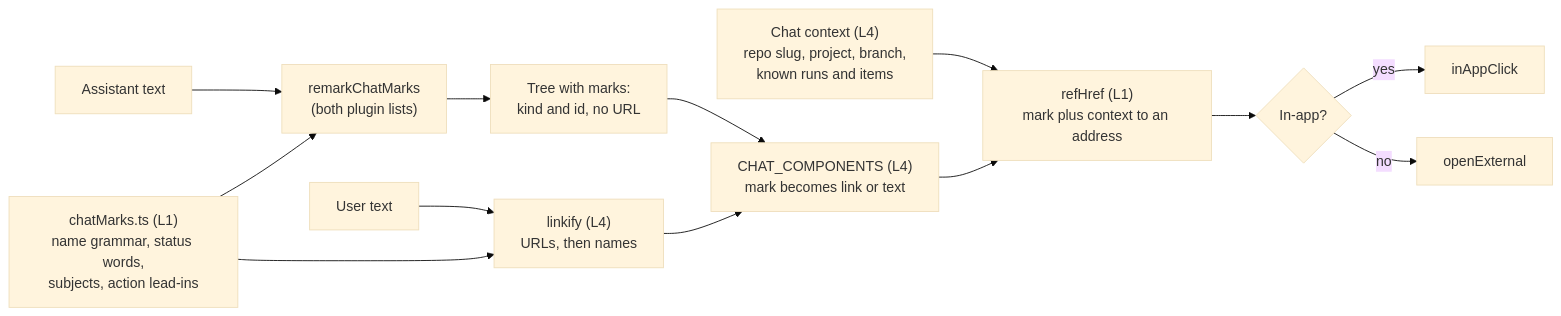
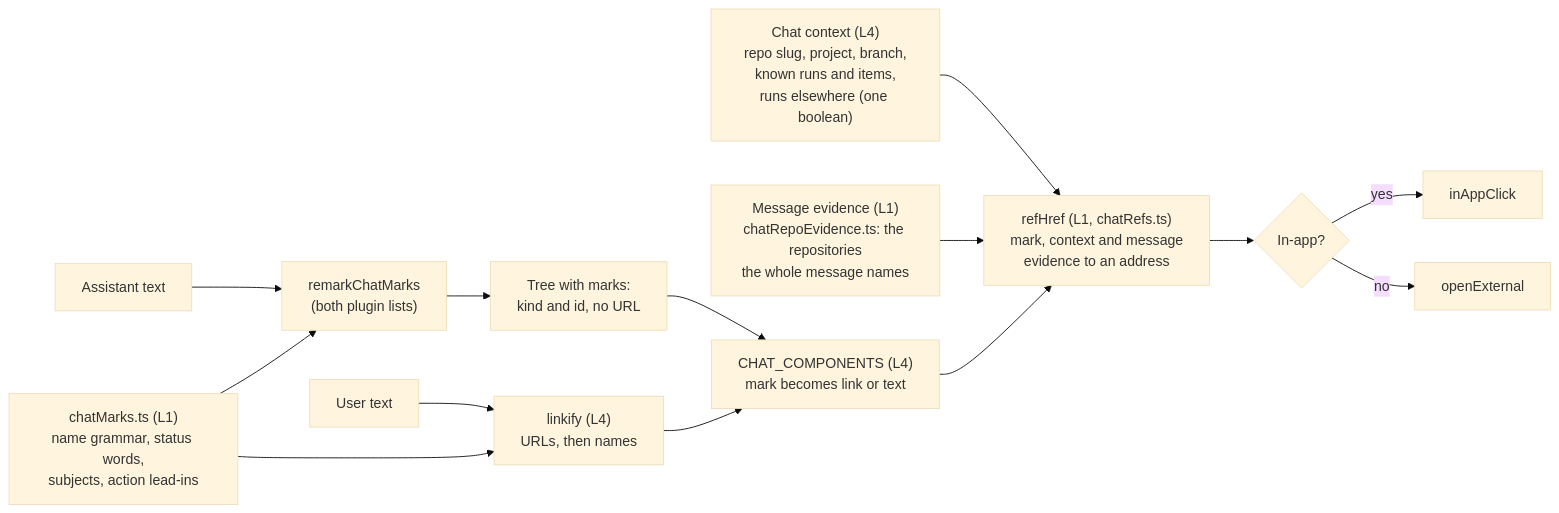
The third of 3 diagrams in docs/superpowers/specs/2026-11-06-chat-reading-design.md (Synapsium-Labs/ccrc-pwa), drawn with Mermaid (base theme) before and after one commit. The commit also changed other lines of this file and 8 other files, not shown here.

````diff
--- a/docs/superpowers/specs/2026-11-06-chat-reading-design.md
+++ b/docs/superpowers/specs/2026-11-06-chat-reading-design.md
@@ -173,15 +173,16 @@
 ```mermaid
 flowchart LR
   f3A["Assistant text"] --> f3P["remarkChatMarks<br/>(both plugin lists)"]
   f3G["chatMarks.ts (L1)<br/>name grammar, status words,<br/>subjects, action lead-ins"] --> f3P
   f3P --> f3H["Tree with marks:<br/>kind and id, no URL"]
   f3H --> f3R["CHAT_COMPONENTS (L4)<br/>mark becomes link or text"]
   f3U["User text"] --> f3LK["linkify (L4)<br/>URLs, then names"]
   f3G --> f3LK
   f3LK --> f3R
-  f3X["Chat context (L4)<br/>repo slug, project, branch,<br/>known runs and items"] --> f3RH["refHref (L1)<br/>mark plus context to an address"]
+  f3X["Chat context (L4)<br/>repo slug, project, branch,<br/>known runs and items,<br/>runs elsewhere (one boolean)"] --> f3RH["refHref (L1, chatRefs.ts)<br/>mark, context and message<br/>evidence to an address"]
+  f3M["Message evidence (L1)<br/>chatRepoEvidence.ts: the repositories<br/>the whole message names"] --> f3RH
   f3R --> f3RH
   f3RH --> f3N{"In-app?"}
   f3N -- "yes" --> f3IA["inAppClick"]
   f3N -- "no" --> f3EX["openExternal"]
 ```
````
